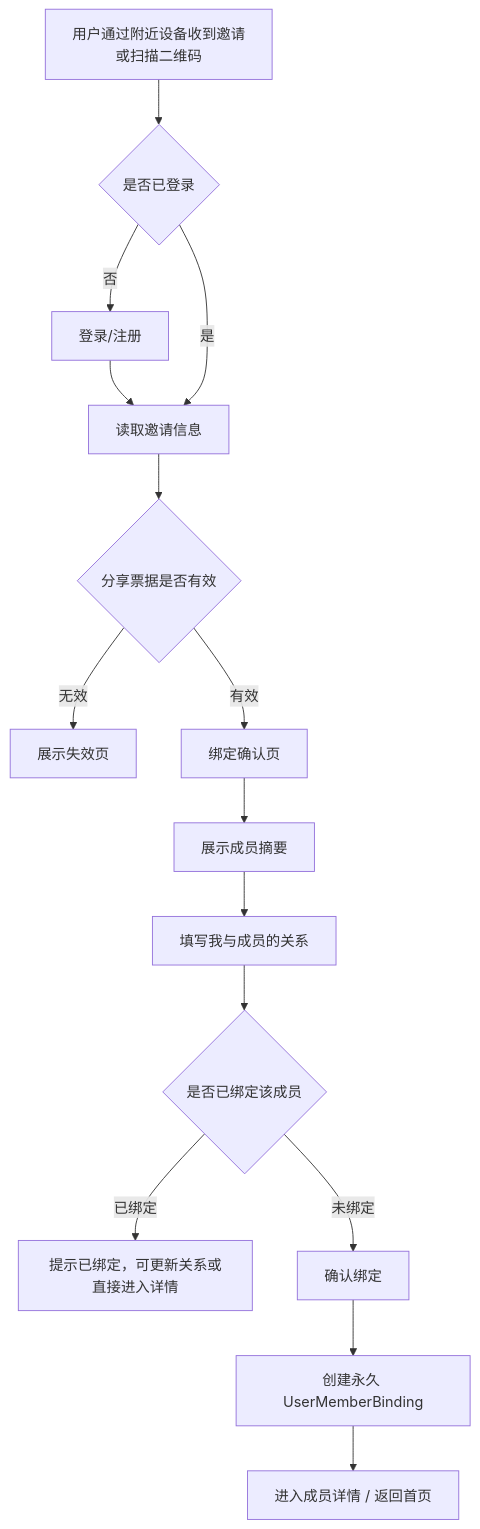
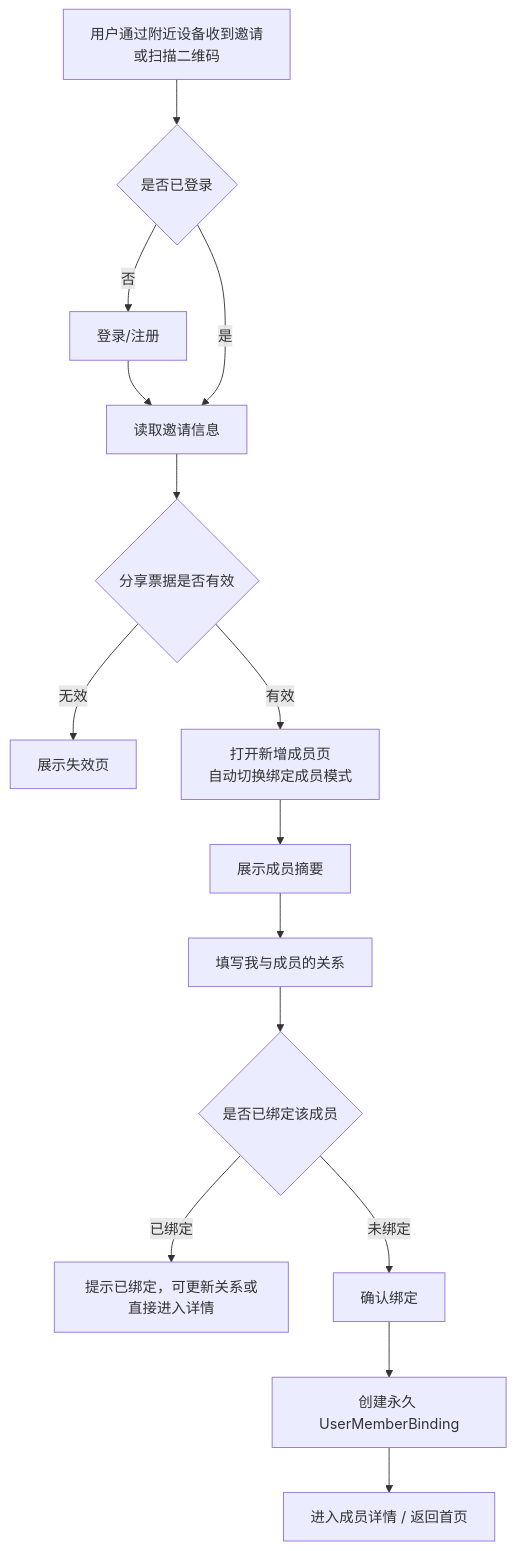
One commit to Zhaodkiii/SparkClient changed the first of 2 diagrams in 成员多用户绑定与分享需求文档.md. Above: the diagram before and after it, drawn with Mermaid. The commit also changed other lines of this file and 44 other files, not shown here.

````diff
--- a/成员多用户绑定与分享需求文档.md
+++ b/成员多用户绑定与分享需求文档.md
@@ -336,17 +356,17 @@
 ```mermaid
 flowchart TD
   A["用户通过附近设备收到邀请<br/>或扫描二维码"] --> B{"是否已登录"}
   B -->|否| C["登录/注册"]
   C --> D["读取邀请信息"]
   B -->|是| D
   D --> E{"分享票据是否有效"}
   E -->|无效| E1["展示失效页"]
-  E -->|有效| F["绑定确认页"]
+  E -->|有效| F["打开新增成员页<br/>自动切换绑定成员模式"]
   F --> G["展示成员摘要"]
   G --> H["填写我与成员的关系"]
   H --> I{"是否已绑定该成员"}
   I -->|已绑定| I1["提示已绑定，可更新关系或直接进入详情"]
   I -->|未绑定| J["确认绑定"]
   J --> K["创建永久 UserMemberBinding"]
   K --> L["进入成员详情 / 返回首页"]
 ```
````
